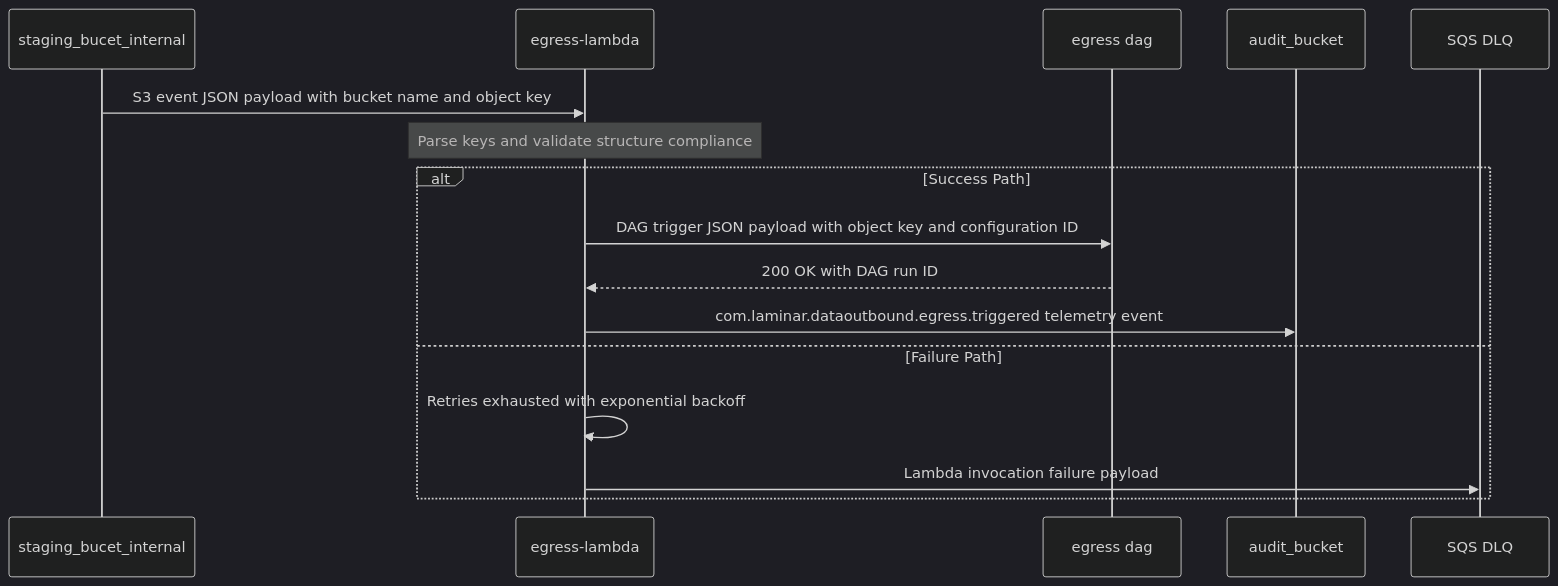
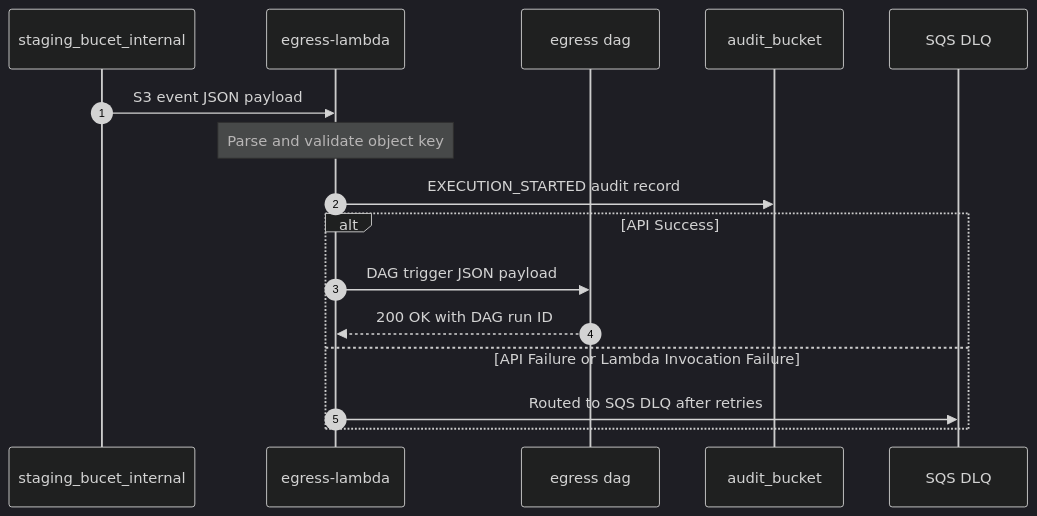
The ninth of 13 diagrams in docs/design/dataoutbound_product_section_tree_high_level_design.md (laminarzk/rudra-repo), drawn with Mermaid (dark theme) before and after one commit. The commit also changed other lines of this file and 10 other files, not shown here.

Commit message:
Rudra: generate architecture documents

````diff
--- a/docs/design/dataoutbound_product_section_tree_high_level_design.md
+++ b/docs/design/dataoutbound_product_section_tree_high_level_design.md
@@ -4156,18 +4450,19 @@
 ```mermaid
 sequenceDiagram
-participant staging_bucet_internal
-participant egress-lambda
-participant egress dag
-participant audit_bucket
-participant SQS DLQ
-staging_bucet_internal->>egress-lambda: S3 event JSON payload with bucket name and object key
-Note over egress-lambda: Parse keys and validate structure compliance
-alt Success Path
-egress-lambda->>egress dag: DAG trigger JSON payload with object key and configuration ID
-egress dag-->>egress-lambda: 200 OK with DAG run ID
-egress-lambda->>audit_bucket: com.laminar.dataoutbound.egress.triggered telemetry event
-else Failure Path
-egress-lambda->>egress-lambda: Retries exhausted with exponential backoff
-egress-lambda->>SQS DLQ: Lambda invocation failure payload
+autonumber
+participant staging as staging_bucet_internal
+participant lambda as egress-lambda
+participant dag as egress dag
+participant audit as audit_bucket
+participant dlq as SQS DLQ
+
+staging->>lambda: S3 event JSON payload
+Note over lambda: Parse and validate object key
+lambda->>audit: EXECUTION_STARTED audit record
+alt API Success
+    lambda->>dag: DAG trigger JSON payload
+    dag-->>lambda: 200 OK with DAG run ID
+else API Failure or Lambda Invocation Failure
+    lambda->>dlq: Routed to SQS DLQ after retries
 end
 ```
````
